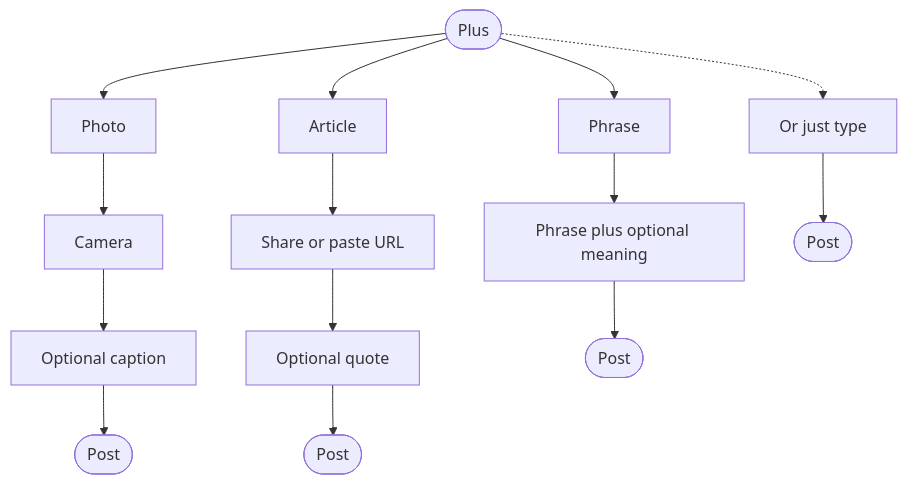
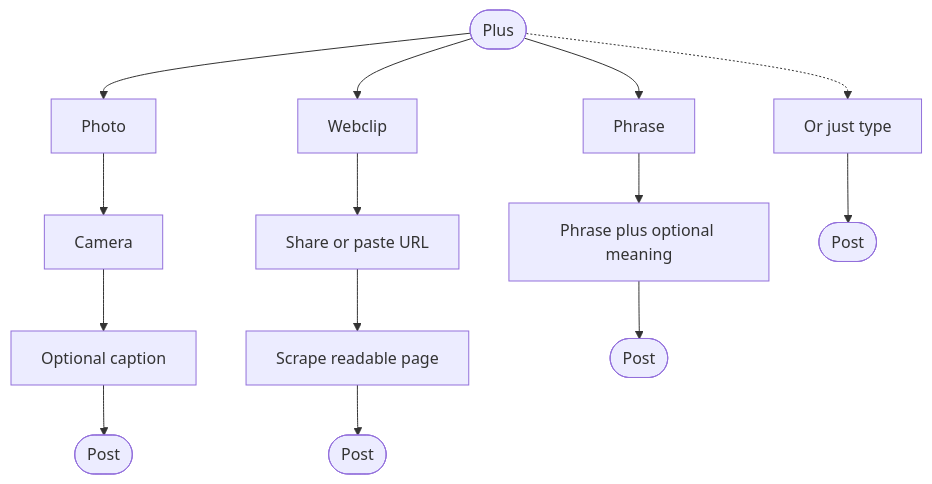
The second of 4 diagrams in agents/plans/2026-09-20-techoo-journal-reconsider.md (yoshixi/techoo), drawn with Mermaid before and after one commit. The commit also changed other lines of this file and 4 other files, not shown here.

First line of the commit message:
Rename Article to Webclip and scrape-save the page.

````diff
--- a/agents/plans/2026-09-20-techoo-journal-reconsider.md
+++ b/agents/plans/2026-09-20-techoo-journal-reconsider.md
@@ -78,17 +78,17 @@
 ```mermaid
 flowchart TD
     plus([Plus])
     plus --> photo[Photo]
-    plus --> article[Article]
+    plus --> webclip[Webclip]
     plus --> phrase[Phrase]
     plus -.-> typeLine[Or just type]
     photo --> cam[Camera]
     cam --> cap[Optional caption]
     cap --> postPhoto([Post])
-    article --> share[Share or paste URL]
-    share --> quote[Optional quote]
-    quote --> postArticle([Post])
+    webclip --> paste[Share or paste URL]
+    paste --> scrape[Scrape readable page]
+    scrape --> postClip([Post])
     phrase --> fields[Phrase plus optional meaning]
     fields --> postPhrase([Post])
     typeLine --> postType([Post])
 ```
````
